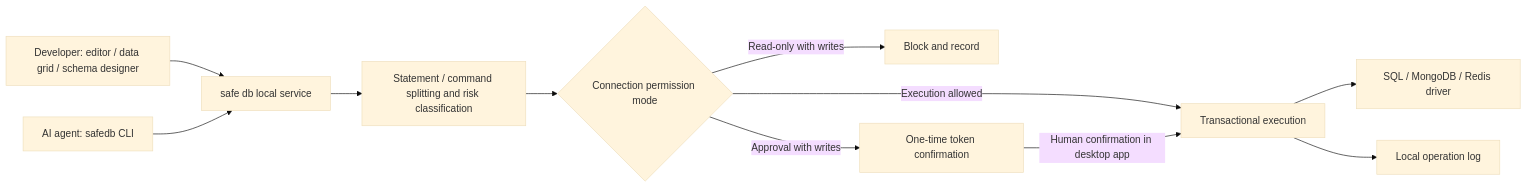
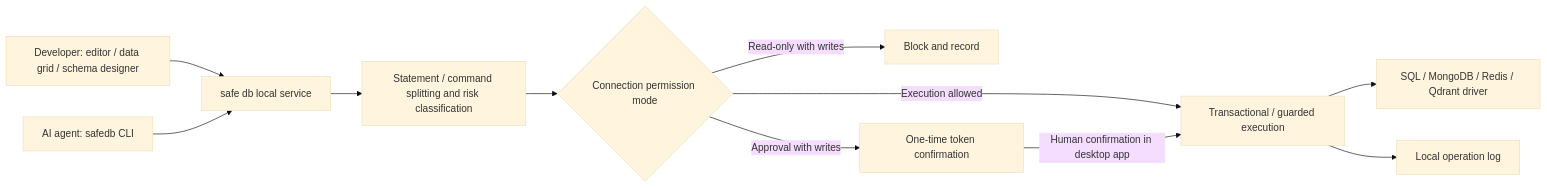
The diagram in README_EN.md (qq1060656096/safe-db), drawn with Mermaid (base theme) before and after one commit. The commit also changed other lines of this file and 50 other files, not shown here.

````diff
--- a/README_EN.md
+++ b/README_EN.md
@@ -148,13 +163,13 @@
 ```mermaid
 flowchart LR
     Human["Developer: editor / data grid / schema designer"] --> Gateway["safe db local service"]
     Agent["AI agent: safedb CLI"] --> Gateway
     Gateway --> Split["Statement / command splitting and risk classification"]
     Split --> Policy{"Connection permission mode"}
     Policy -->|Read-only with writes| Deny["Block and record"]
     Policy -->|Approval with writes| Confirm["One-time token confirmation"]
-    Policy -->|Execution allowed| Tx["Transactional execution"]
+    Policy -->|Execution allowed| Tx["Transactional / guarded execution"]
     Confirm -->|Human confirmation in desktop app| Tx
-    Tx --> Driver["SQL / MongoDB / Redis driver"]
+    Tx --> Driver["SQL / MongoDB / Redis / Qdrant driver"]
     Tx --> Audit["Local operation log"]
 ```
````
